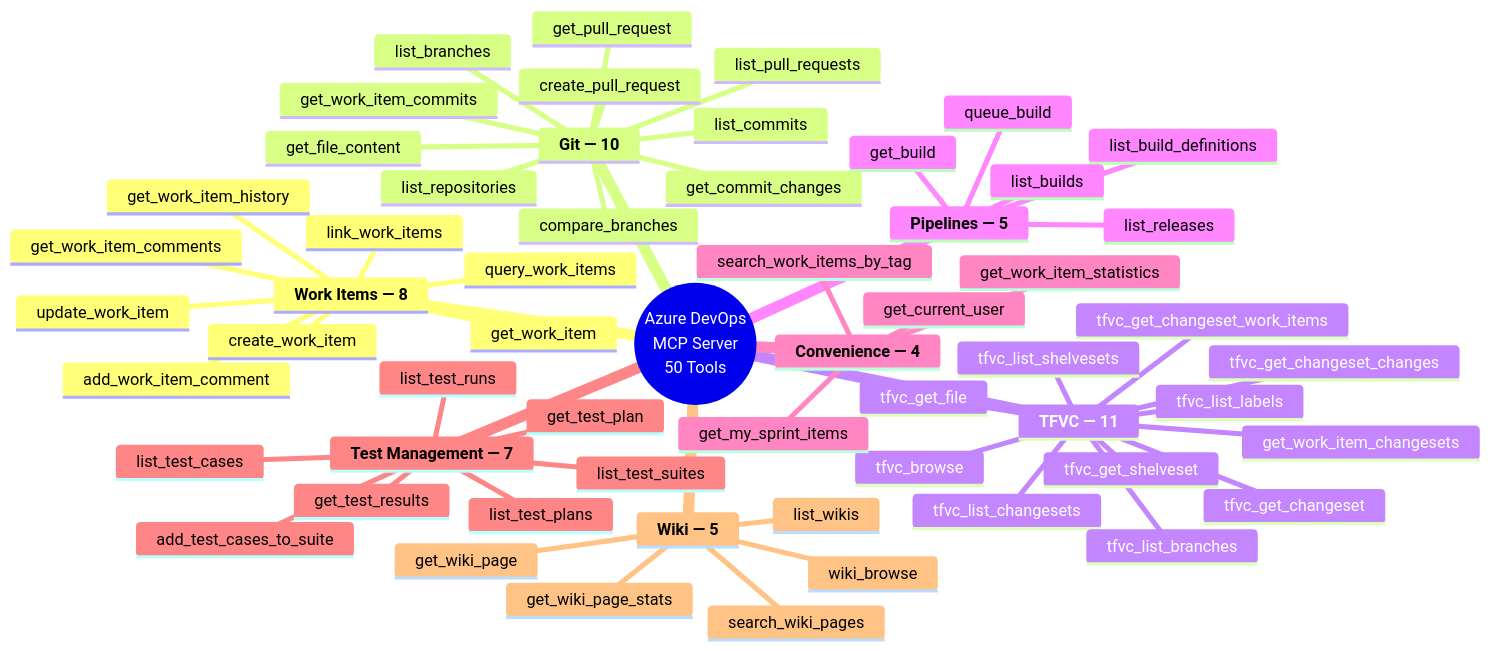
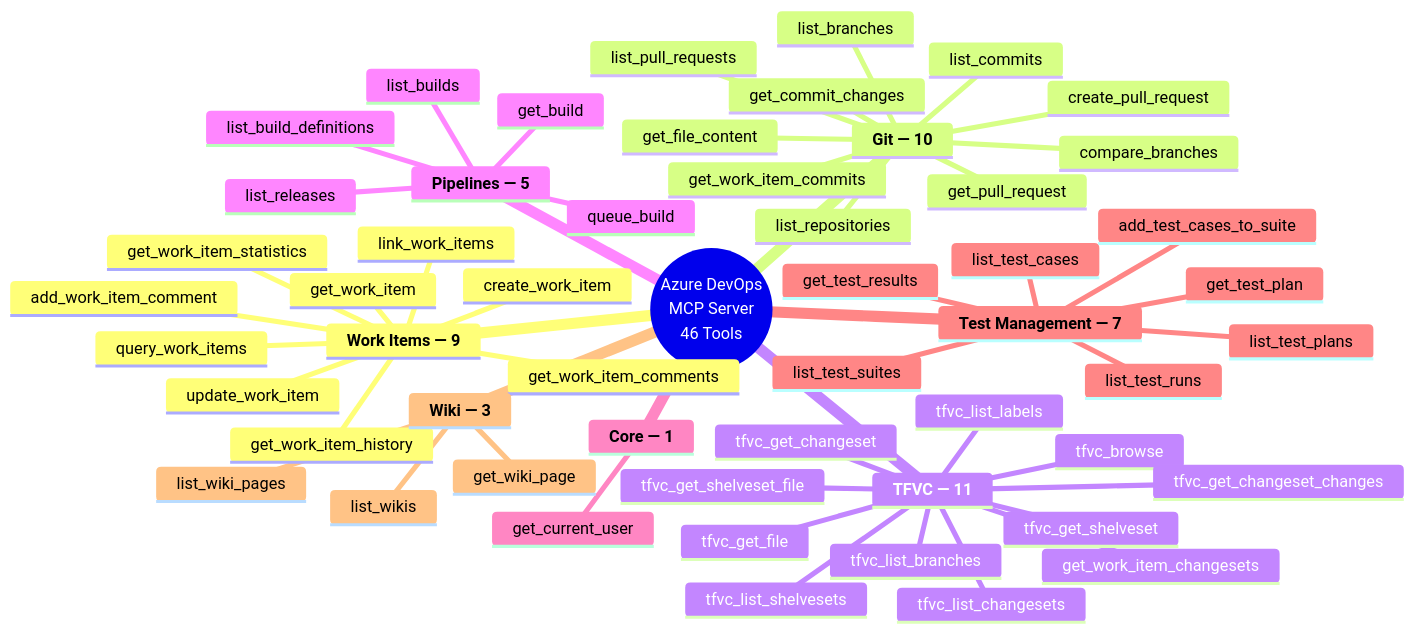
Before and after one commit to burcusipahioglu/azure-devops-mcp-onprem: the diagram in README.md, drawn with Mermaid. The commit also changed other lines of this file and 11 other files, not shown here.

Commit message:
feat: tfvc_get_shelveset_file + tool audit 51->46 — dissolve convenience, slim wiki, output hygiene, query_work_items fields param

````diff
--- a/README.md
+++ b/README.md
@@ -50,61 +50,57 @@
 ```mermaid
 mindmap
-  root((Azure DevOps<br/>MCP Server<br/>50 Tools))
-    **Work Items — 8**
+  root((Azure DevOps<br/>MCP Server<br/>46 Tools))
+    **Work Items — 9**
       query_work_items
       get_work_item
       create_work_item
       update_work_item
       get_work_item_comments
       add_work_item_comment
       link_work_items
       get_work_item_history
+      get_work_item_statistics
     **Git — 10**
       list_repositories
       list_branches
       get_file_content
       list_pull_requests
       get_pull_request
       create_pull_request
       list_commits
       get_commit_changes
       compare_branches
       get_work_item_commits
     **TFVC — 11**
       tfvc_browse
       tfvc_get_file
       tfvc_get_changeset
       tfvc_list_changesets
       tfvc_get_changeset_changes
-      tfvc_get_changeset_work_items
       tfvc_list_branches
       tfvc_list_shelvesets
       tfvc_get_shelveset
+      tfvc_get_shelveset_file
       tfvc_list_labels
       get_work_item_changesets
     **Pipelines — 5**
       list_build_definitions
       queue_build
       get_build
       list_builds
       list_releases
-    **Convenience — 4**
-      get_my_sprint_items
-      search_work_items_by_tag
-      get_work_item_statistics
+    **Core — 1**
       get_current_user
     **Test Management — 7**
       list_test_plans
       get_test_plan
       list_test_suites
       list_test_cases
       list_test_runs
       get_test_results
       add_test_cases_to_suite
-    **Wiki — 5**
+    **Wiki — 3**
       list_wikis
       get_wiki_page
-      wiki_browse
-      get_wiki_page_stats
-      search_wiki_pages
+      list_wiki_pages
 ```
````
